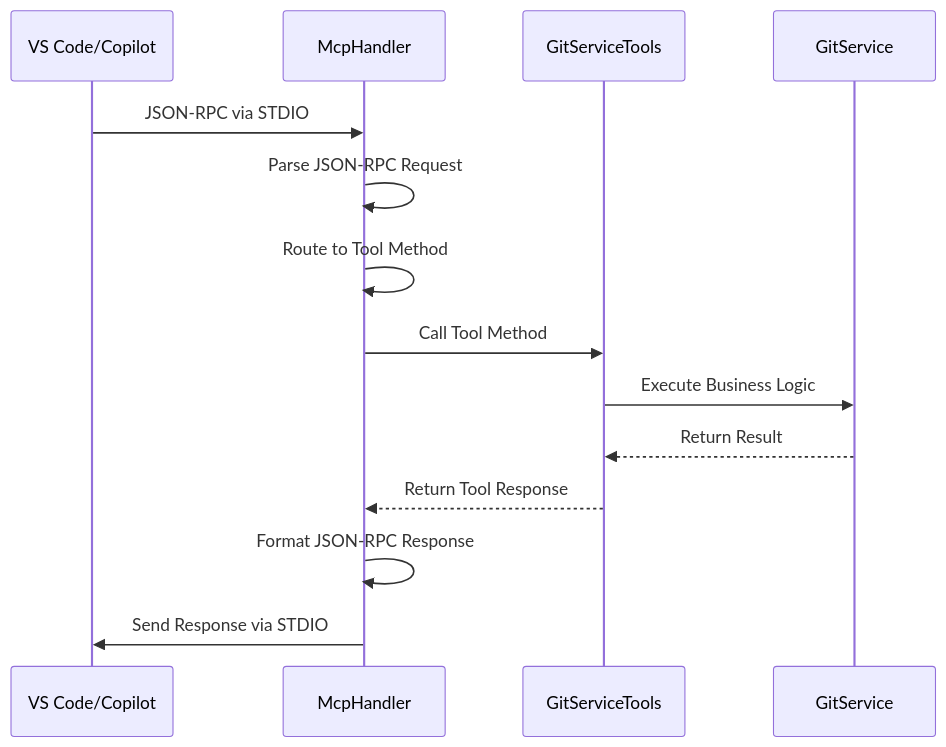
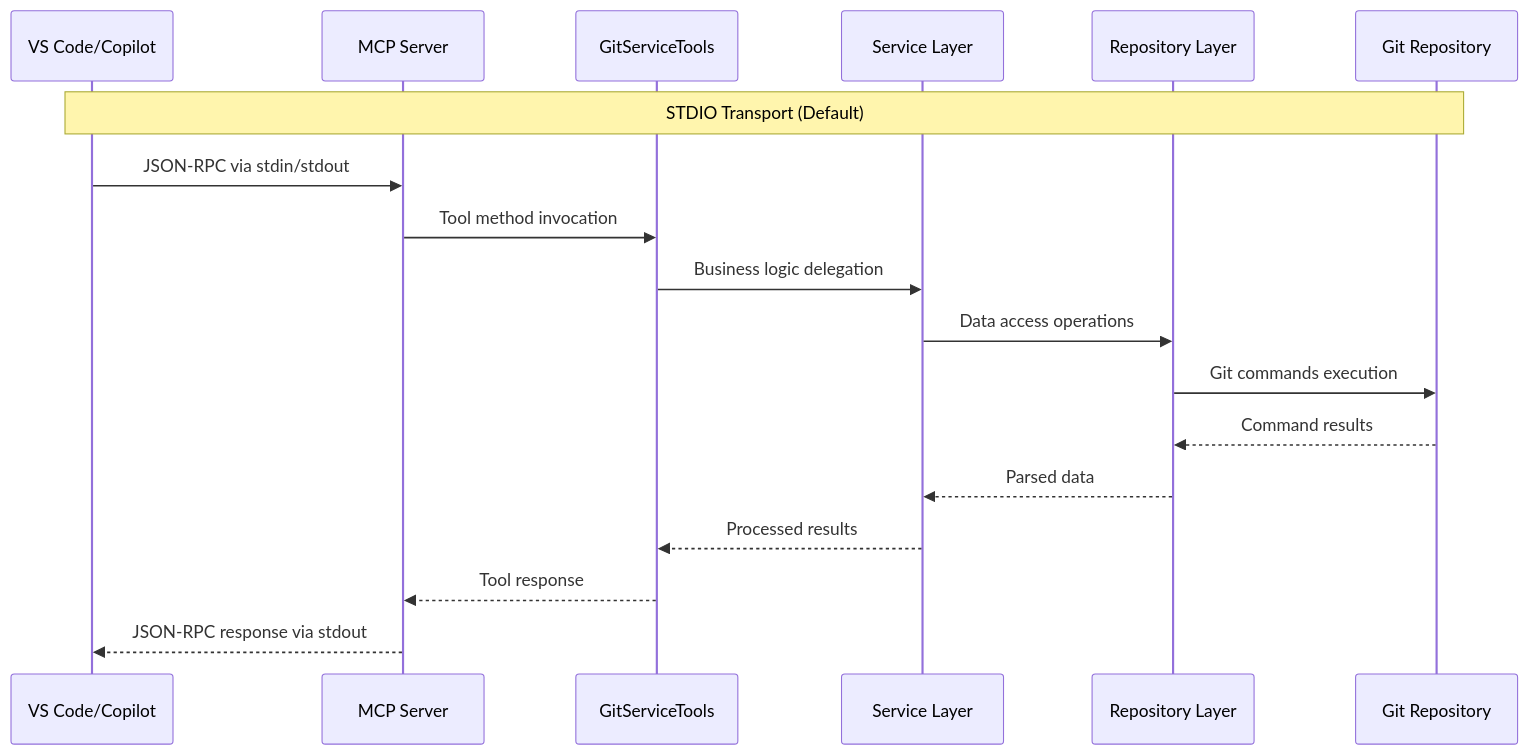
Before and after one commit to MCPRUNNER/GitVisionMCP: the second of 3 diagrams in Documentation/ARCHITECTURE.md, drawn with Mermaid. The commit also changed other lines of this file and 7 other files, not shown here.

Commit message:
Adding architecture prompt and updating release.prompt

````diff
--- a/Documentation/ARCHITECTURE.md
+++ b/Documentation/ARCHITECTURE.md
@@ -185,17 +206,21 @@
 ```mermaid
 sequenceDiagram
     participant Client as VS Code/Copilot
-    participant Handler as McpHandler
+    participant MCP as MCP Server
     participant Tools as GitServiceTools
-    participant Service as GitService
+    participant Service as Service Layer
+    participant Repo as Repository Layer
+    participant Git as Git Repository
 
-    Client->>Handler: JSON-RPC via STDIO
-    Handler->>Handler: Parse JSON-RPC Request
-    Handler->>Handler: Route to Tool Method
-    Handler->>Tools: Call Tool Method
-    Tools->>Service: Execute Business Logic
-    Service-->>Tools: Return Result
-    Tools-->>Handler: Return Tool Response
-    Handler->>Handler: Format JSON-RPC Response
-    Handler->>Client: Send Response via STDIO
+    Note over Client,Git: STDIO Transport (Default)
+    Client->>MCP: JSON-RPC via stdin/stdout
+    MCP->>Tools: Tool method invocation
+    Tools->>Service: Business logic delegation
+    Service->>Repo: Data access operations
+    Repo->>Git: Git commands execution
+    Git-->>Repo: Command results
+    Repo-->>Service: Parsed data
+    Service-->>Tools: Processed results
+    Tools-->>MCP: Tool response
+    MCP-->>Client: JSON-RPC response via stdout
 ```
````
